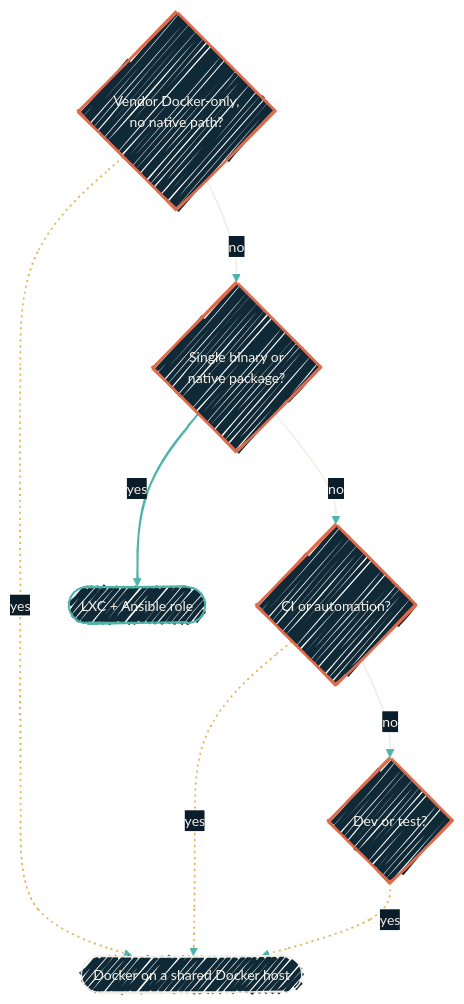
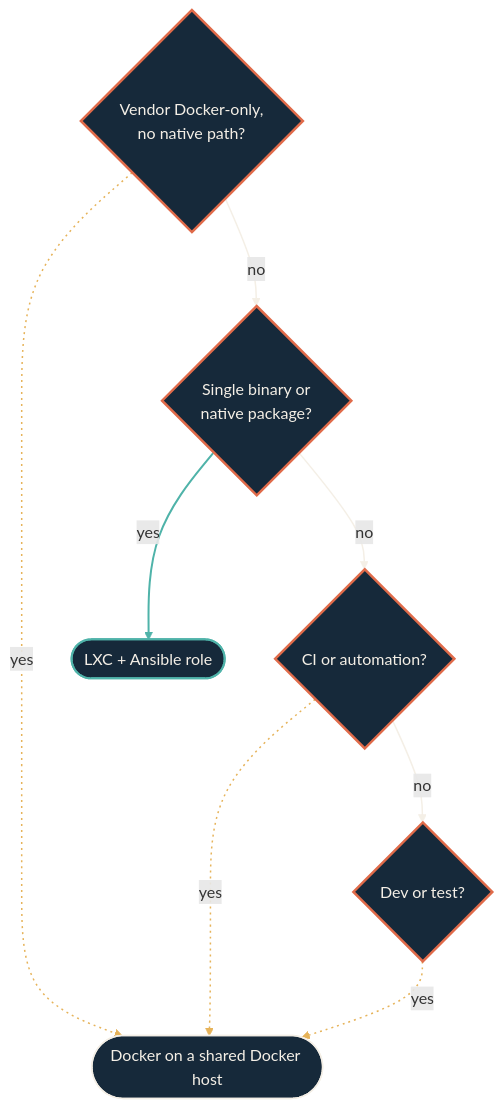
One commit to dryvist/docs changed the diagram in infrastructure/lxc-vs-docker.mdx. Above: the diagram before and after it, drawn with Mermaid. The commit also changed other lines of this file and 116 other files, not shown here.

````diff
--- a/infrastructure/lxc-vs-docker.mdx
+++ b/infrastructure/lxc-vs-docker.mdx
@@ -27,31 +27,34 @@
 ```mermaid
-%%{init:
-  {'theme':'base','look':'handDrawn','themeVariables':{'fontFamily':'Geist','fontSize':'14px','primaryColor':'#102937','primaryTextColor':'#F4EFE6','primaryBorderColor':'#4FB3A9','lineColor':'#4FB3A9','secondaryColor':'#0B1D2A','tertiaryColor':'#1A2A38','clusterBkg':'rgba(79,179,169,0.08)','clusterBorder':'#4FB3A9'}}}%%
-  flowchart TB
+%%{init: {"theme":"base","look":"handDrawn","themeVariables":{"primaryColor":"#123a36","primaryTextColor":"#f4efe6","primaryBorderColor":"#4fb3a9","lineColor":"#4fb3a9","secondaryColor":"#0b1d2a","tertiaryColor":"#16293a","clusterBkg":"#08151f","clusterBorder":"#4fb3a9","fontFamily":"'Geist Sans', system-ui, -apple-system, BlinkMacSystemFont, 'Segoe UI', Roboto, sans-serif","fontSize":"14px"}}}%%
+flowchart TB
+  classDef src fill:#16293a,stroke:#e06b4a,stroke-width:2px,color:#f4efe6;
+  classDef ai fill:#16293a,stroke:#e06b4a,stroke-width:2px,color:#f4efe6;
+  classDef gate fill:#16293a,stroke:#e06b4a,stroke-width:2.5px,color:#f4efe6;
+  classDef hop fill:#16293a,stroke:#4fb3a9,stroke-width:2px,color:#f4efe6;
+  classDef host fill:#16293a,stroke:#4fb3a9,stroke-width:2px,color:#f4efe6;
+  classDef sink fill:#16293a,stroke:#f4efe6,stroke-width:2px,color:#f4efe6;
+  classDef auto fill:#16293a,stroke:#f4efe6,stroke-width:1.5px,color:#f4efe6;
+  classDef external fill:#16293a,stroke:#e6b35a,stroke-width:2px,color:#f4efe6;
   q1{"Vendor Docker-only,<br/>no native path?"}
   q2{"Single binary or<br/>native package?"}
   q3{"CI or automation?"}
   q4{"Dev or test?"}
   lxc(["LXC + Ansible role"])
   dh(["Docker on a shared Docker host"])
 
   q1 -->|yes| dh
   q1 -->|no| q2
   q2 -->|yes| lxc
   q2 -->|no| q3
   q3 -->|yes| dh
   q3 -->|no| q4
   q4 -->|yes| dh
 
-  classDef gate fill:#102937,stroke:#E06B4A,stroke-width:2.5px,color:#F4EFE6;
-  classDef host fill:#102937,stroke:#4FB3A9,stroke-width:2px,color:#F4EFE6;
-  classDef auto fill:#102937,stroke:#F4EFE6,stroke-width:1.5px,color:#F4EFE6;
-
   class q1,q2,q3,q4 gate
   class lxc host
   class dh auto
 
   linkStyle 2 stroke:#4FB3A9,stroke-width:2px;
   linkStyle 0,4,6 stroke:#E6B35A,stroke-width:1.5px,stroke-dasharray:2 4;
   linkStyle 1,3,5 stroke:#F4EFE6,stroke-width:1.5px;
 ```
````
